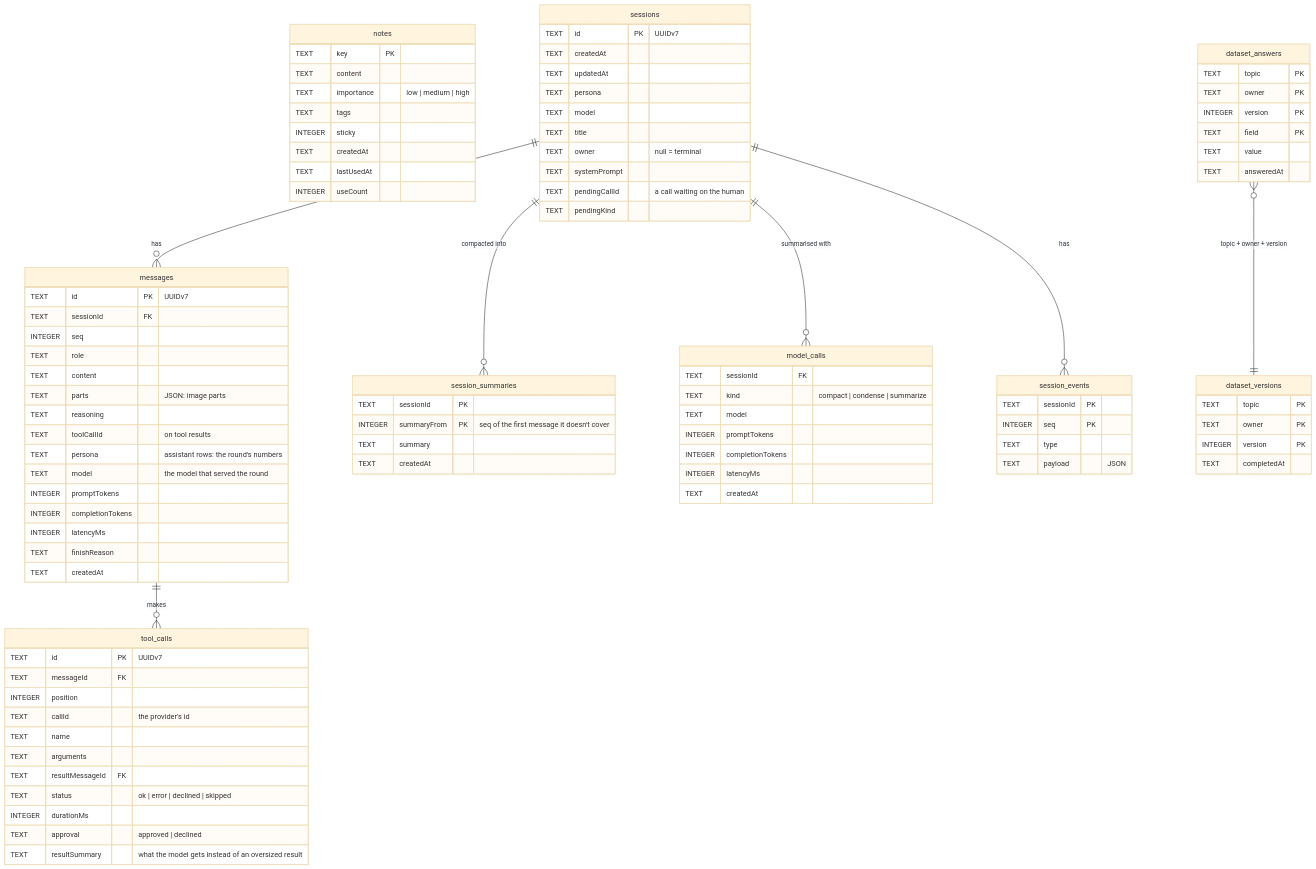
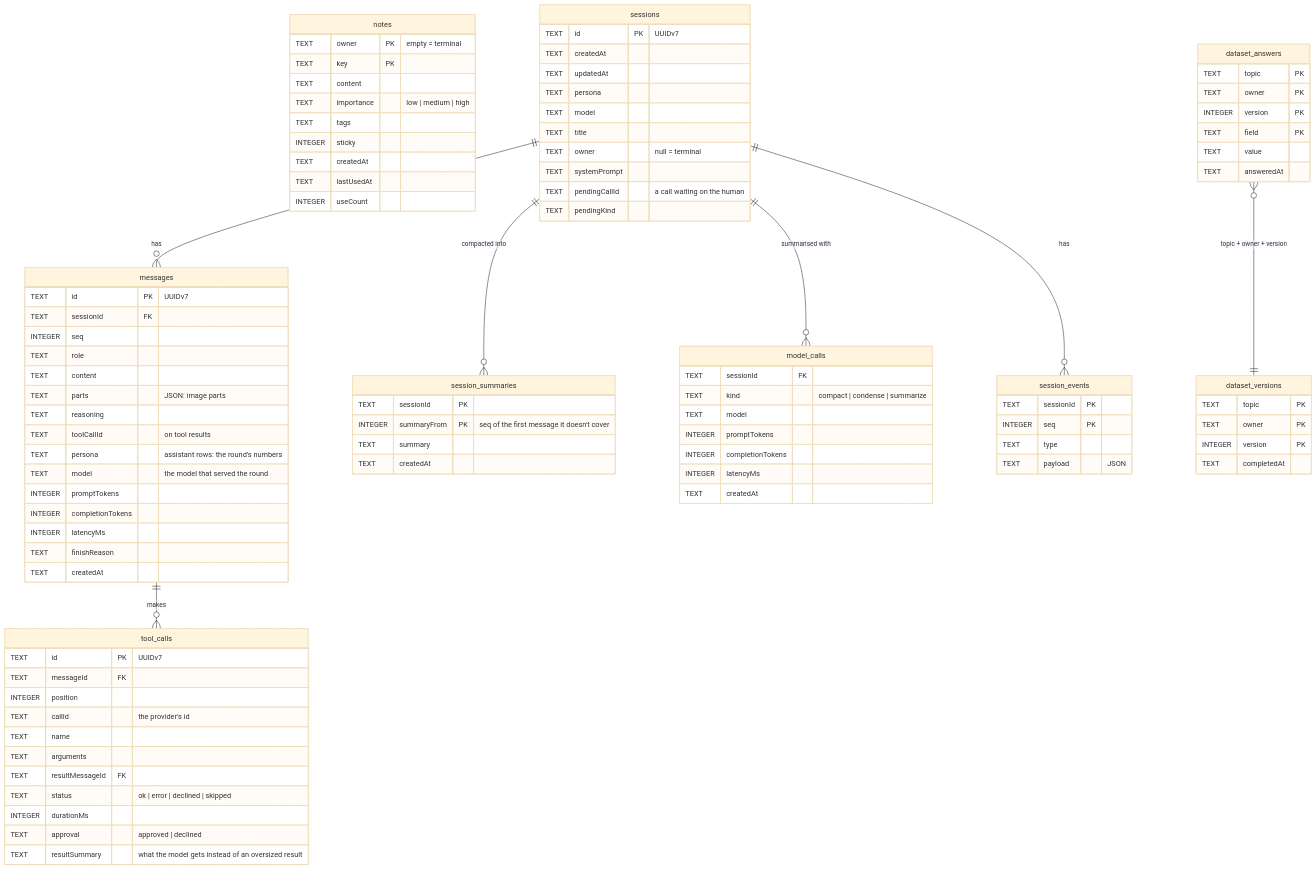
One commit to SubZtep/kaja changed the diagram in docs/configuration/storage.md. Above: the diagram before and after it, drawn with Mermaid (base theme). The commit also changed other lines of this file and 68 other files, not shown here.

````diff
--- a/docs/configuration/storage.md
+++ b/docs/configuration/storage.md
@@ -40,6 +40,7 @@
 ```mermaid
 erDiagram
   notes {
+    TEXT owner PK "empty = terminal"
     TEXT key PK
     TEXT content
     TEXT importance "low | medium | high"
````
